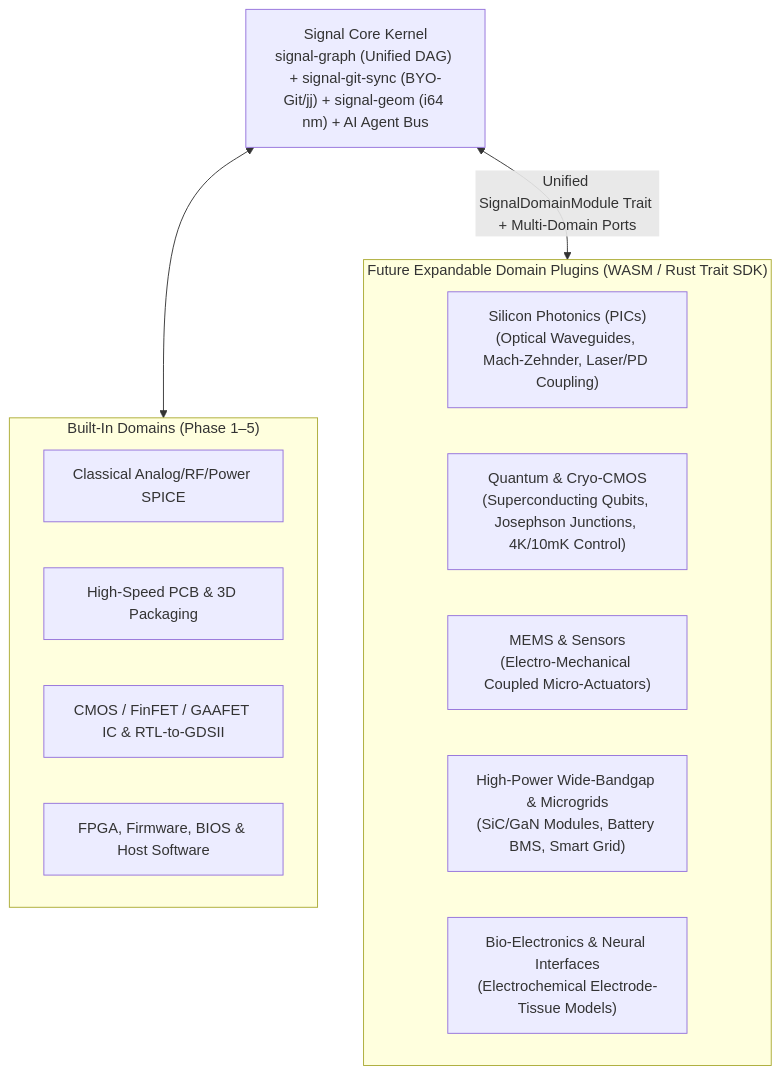
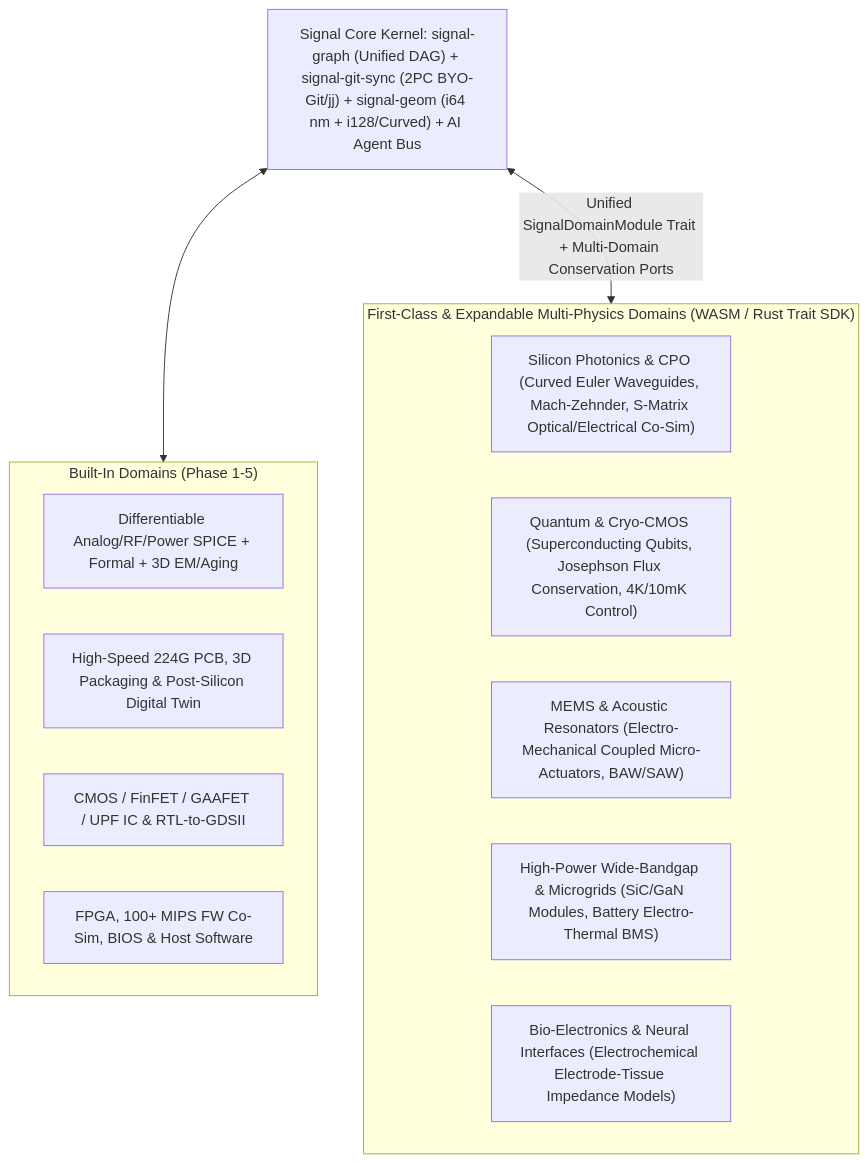
The second of 2 diagrams in architecture/14-universal-scale-accessibility-and-expandability.md (the-code-master/signal), drawn with Mermaid before and after one commit. The commit also changed other lines of this file and 22 other files, not shown here.

Commit message:
docs: resolve 112 architectural flaws, add 12 futuristic AI-EDA innovations, and complete 2-pass scrub

````diff
--- a/architecture/14-universal-scale-accessibility-and-expandability.md
+++ b/architecture/14-universal-scale-accessibility-and-expandability.md
@@ -87,22 +90,22 @@
 ```mermaid
 flowchart TB
-    Kernel["Signal Core Kernel\nsignal-graph (Unified DAG) + signal-git-sync (BYO-Git/jj) + signal-geom (i64 nm) + AI Agent Bus"]
+    Kernel["Signal Core Kernel: signal-graph (Unified DAG) + signal-git-sync (2PC BYO-Git/jj) + signal-geom (i64 nm + i128/Curved) + AI Agent Bus"]
 
-    subgraph Today["Built-In Domains (Phase 1–5)"]
-        D1["Classical Analog/RF/Power SPICE"]
-        D2["High-Speed PCB & 3D Packaging"]
-        D3["CMOS / FinFET / GAAFET IC & RTL-to-GDSII"]
-        D4["FPGA, Firmware, BIOS & Host Software"]
+    subgraph Today["Built-In Domains (Phase 1-5)"]
+        D1["Differentiable Analog/RF/Power SPICE + Formal + 3D EM/Aging"]
+        D2["High-Speed 224G PCB, 3D Packaging & Post-Silicon Digital Twin"]
+        D3["CMOS / FinFET / GAAFET / UPF IC & RTL-to-GDSII"]
+        D4["FPGA, 100+ MIPS FW Co-Sim, BIOS & Host Software"]
     end
 
-    subgraph Future["Future Expandable Domain Plugins (WASM / Rust Trait SDK)"]
-        F1["Silicon Photonics (PICs)\n(Optical Waveguides, Mach-Zehnder, Laser/PD Coupling)"]
-        F2["Quantum & Cryo-CMOS\n(Superconducting Qubits, Josephson Junctions, 4K/10mK Control)"]
-        F3["MEMS & Sensors\n(Electro-Mechanical Coupled Micro-Actuators)"]
-        F4["High-Power Wide-Bandgap & Microgrids\n(SiC/GaN Modules, Battery BMS, Smart Grid)"]
-        F5["Bio-Electronics & Neural Interfaces\n(Electrochemical Electrode-Tissue Models)"]
+    subgraph Future["First-Class & Expandable Multi-Physics Domains (WASM / Rust Trait SDK)"]
+        F1["Silicon Photonics & CPO (Curved Euler Waveguides, Mach-Zehnder, S-Matrix Optical/Electrical Co-Sim)"]
+        F2["Quantum & Cryo-CMOS (Superconducting Qubits, Josephson Flux Conservation, 4K/10mK Control)"]
+        F3["MEMS & Acoustic Resonators (Electro-Mechanical Coupled Micro-Actuators, BAW/SAW)"]
+        F4["High-Power Wide-Bandgap & Microgrids (SiC/GaN Modules, Battery Electro-Thermal BMS)"]
+        F5["Bio-Electronics & Neural Interfaces (Electrochemical Electrode-Tissue Impedance Models)"]
     end
 
     Kernel <--> Today
-    Kernel <-->|"Unified SignalDomainModule Trait + Multi-Domain Ports"| Future
+    Kernel <-->|"Unified SignalDomainModule Trait + Multi-Domain Conservation Ports"| Future
 ```
````
